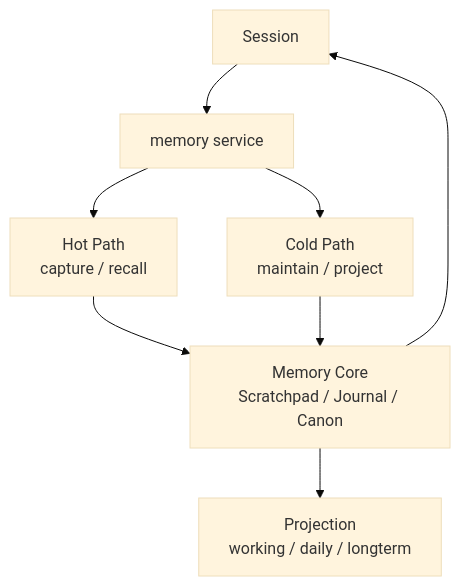
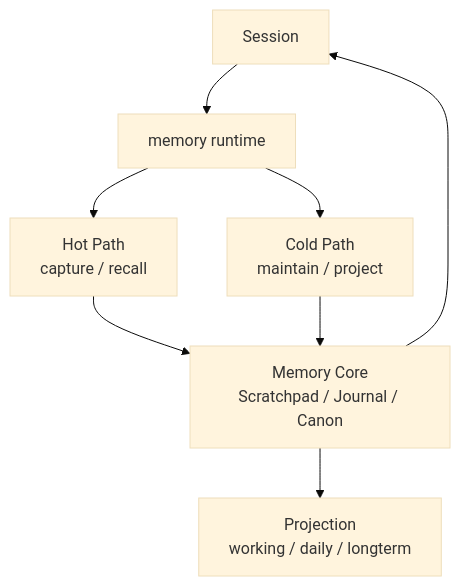
The second of 3 diagrams in homepage/content/devdocs/zh/memory/v3-design.mdx (wangenius/downcity), drawn with Mermaid (base theme) before and after one commit. The commit also changed other lines of this file and 433 other files, not shown here.

Commit message:
refactor(agent,city): unify plugin-session architecture

````diff
--- a/homepage/content/devdocs/zh/memory/v3-design.mdx
+++ b/homepage/content/devdocs/zh/memory/v3-design.mdx
@@ -62,17 +62,17 @@
 ```mermaid
 flowchart TD
   S["Session"]
-  MS["memory service"]
+  MS["memory runtime"]
   HOT["Hot Path<br/>capture / recall"]
   COLD["Cold Path<br/>maintain / project"]
   CORE["Memory Core<br/>Scratchpad / Journal / Canon"]
   VIEW["Projection<br/>working / daily / longterm"]
 
   S --> MS
   MS --> HOT
   MS --> COLD
   HOT --> CORE
   COLD --> CORE
   CORE --> VIEW
   CORE --> S
 ```
````
